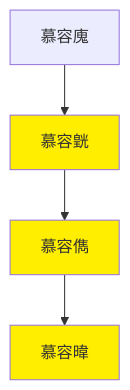
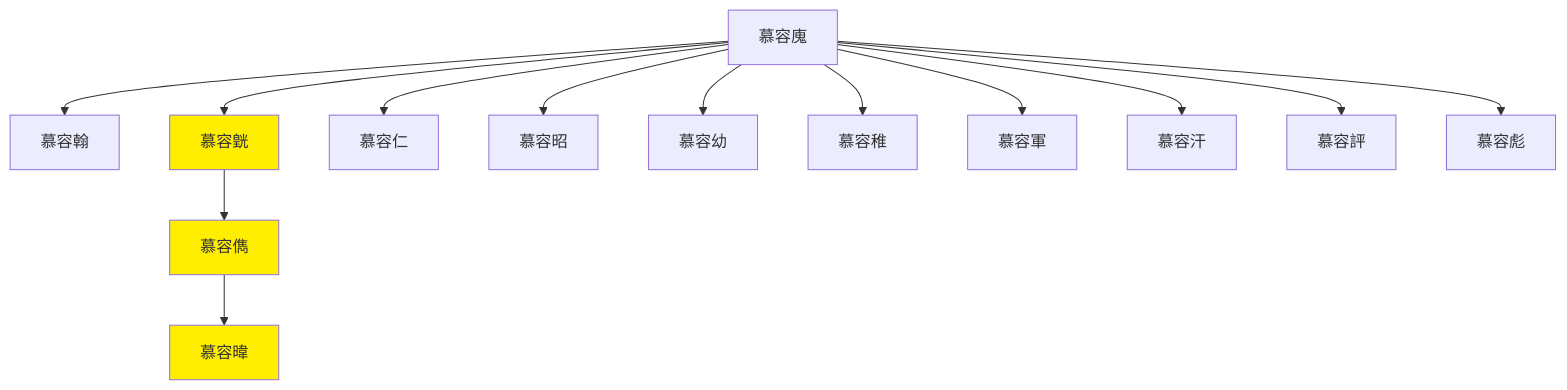
Before and after one commit to gamefang/zizhitongjian: the diagram in 2_世系圖表/2.2_并立政權/晉/十六國/前燕世系圖表.md, drawn with Mermaid. The commit also changed 16 other files, not shown here.

````diff
--- a/2_世系圖表/2.2_并立政權/晉/十六國/前燕世系圖表.md
+++ b/2_世系圖表/2.2_并立政權/晉/十六國/前燕世系圖表.md
@@ -14,10 +14,20 @@
 ```mermaid
 graph TB
 
+慕容廆-->慕容翰
 慕容廆-->慕容皝
+慕容廆-->慕容仁
+慕容廆-->慕容昭
+慕容廆-->慕容幼
+慕容廆-->慕容稚
+慕容廆-->慕容軍
+慕容廆-->慕容汗
+慕容廆-->慕容評
+慕容廆-->慕容彪
+
 慕容皝-->慕容儁
 慕容儁-->慕容暐
 
 classDef king fill:#ffee00
 class 慕容皝,慕容儁,慕容暐 king
 ```
````
